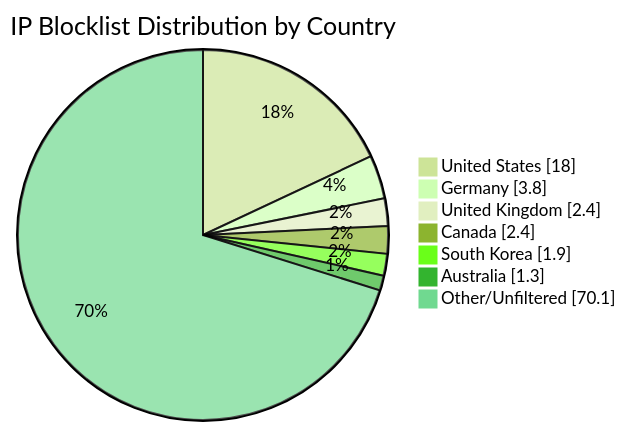
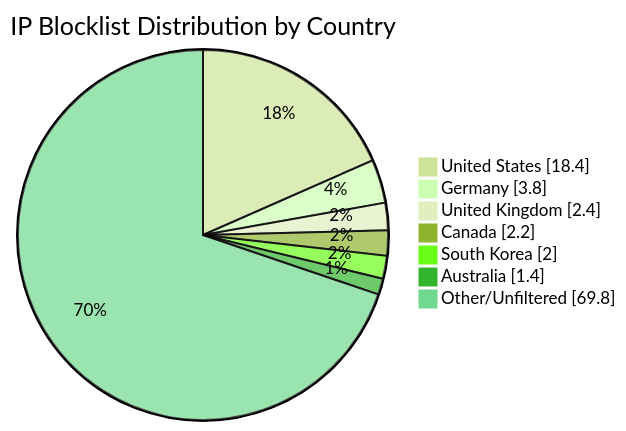
Before and after one commit to MarcusHoltz/ipblocklist-geofiltered-aggregator: the diagram in README.md, drawn with Mermaid (forest theme). The commit also changed other lines of this file and 9 other files, not shown here.

````diff
--- a/README.md
+++ b/README.md
@@ -34,10 +34,10 @@
 ```mermaid
 pie showData title IP Blocklist Distribution by Country
-"United States" : 18.0
+"United States" : 18.4
 "Germany" : 3.8
 "United Kingdom" : 2.4
-"Canada" : 2.4
-"South Korea" : 1.9
-"Australia" : 1.3
-"Other/Unfiltered" : 70.1
+"Canada" : 2.2
+"South Korea" : 2.0
+"Australia" : 1.4
+"Other/Unfiltered" : 69.8
 ```
````
